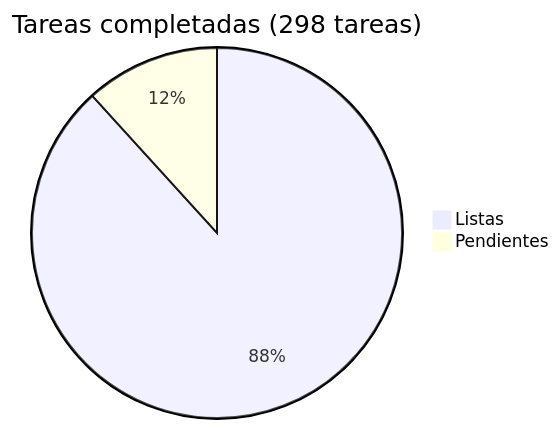
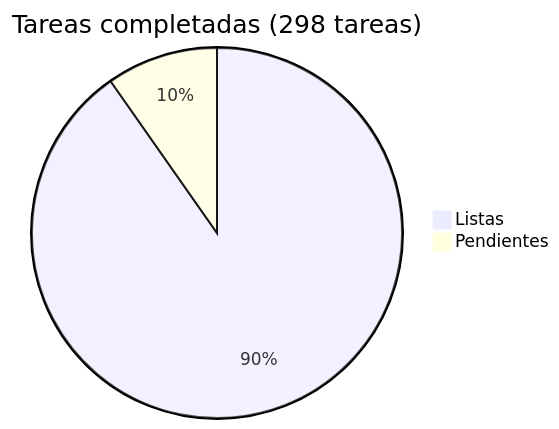
One commit to araguaney-lat/araguaney changed the diagram in docs/roadmap/README.md. Above: the diagram before and after it, drawn with Mermaid. The commit also changed other lines of this file and 18 other files, not shown here.

````diff
--- a/docs/roadmap/README.md
+++ b/docs/roadmap/README.md
@@ -5,5 +5,5 @@
 ```mermaid
 pie title Tareas completadas (298 tareas)
-    "Listas" : 263
-    "Pendientes" : 35
+    "Listas" : 269
+    "Pendientes" : 29
 ```
````
